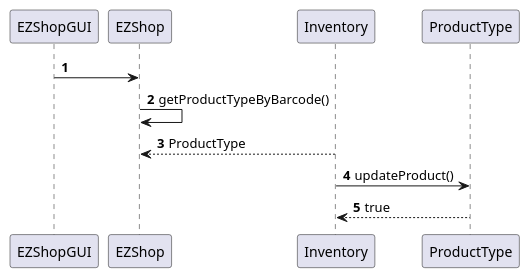
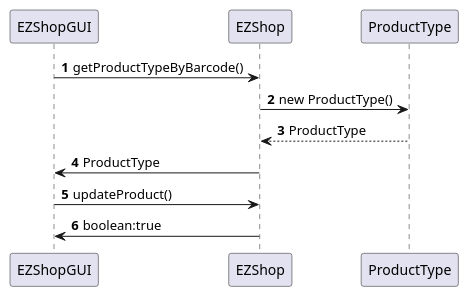
The fourth of 22 diagrams in Deliverables/DesignDocument.md (mkexc/ezshop), drawn with PlantUML before and after one commit. The commit also changed other lines of this file and 3 other files, not shown here.

````diff
--- a/Deliverables/DesignDocument.md
+++ b/Deliverables/DesignDocument.md
@@ -248,10 +249,11 @@
 ```plantuml
 @startuml
 autonumber
-EZShopGUI -> EZShop
-EZShop -> EZShop : getProductTypeByBarcode()
-Inventory --> EZShop : ProductType
-Inventory -> ProductType : updateProduct()
-Inventory <-- ProductType : true
+EZShopGUI -> EZShop : getProductTypeByBarcode()
+EZShop -> ProductType : new ProductType() 
+ProductType --> EZShop : ProductType
+EZShop -> EZShopGUI : ProductType
+EZShopGUI -> EZShop : updateProduct()
+EZShop -> EZShopGUI : boolean:true
 @enduml
 ```
````
